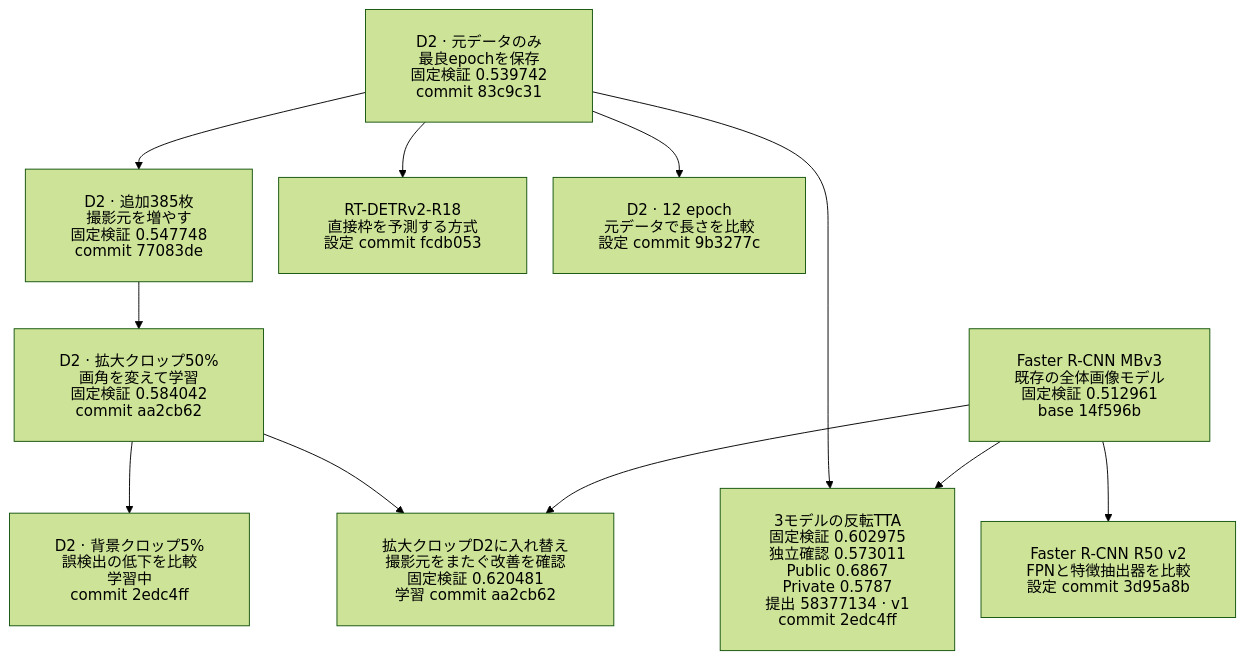
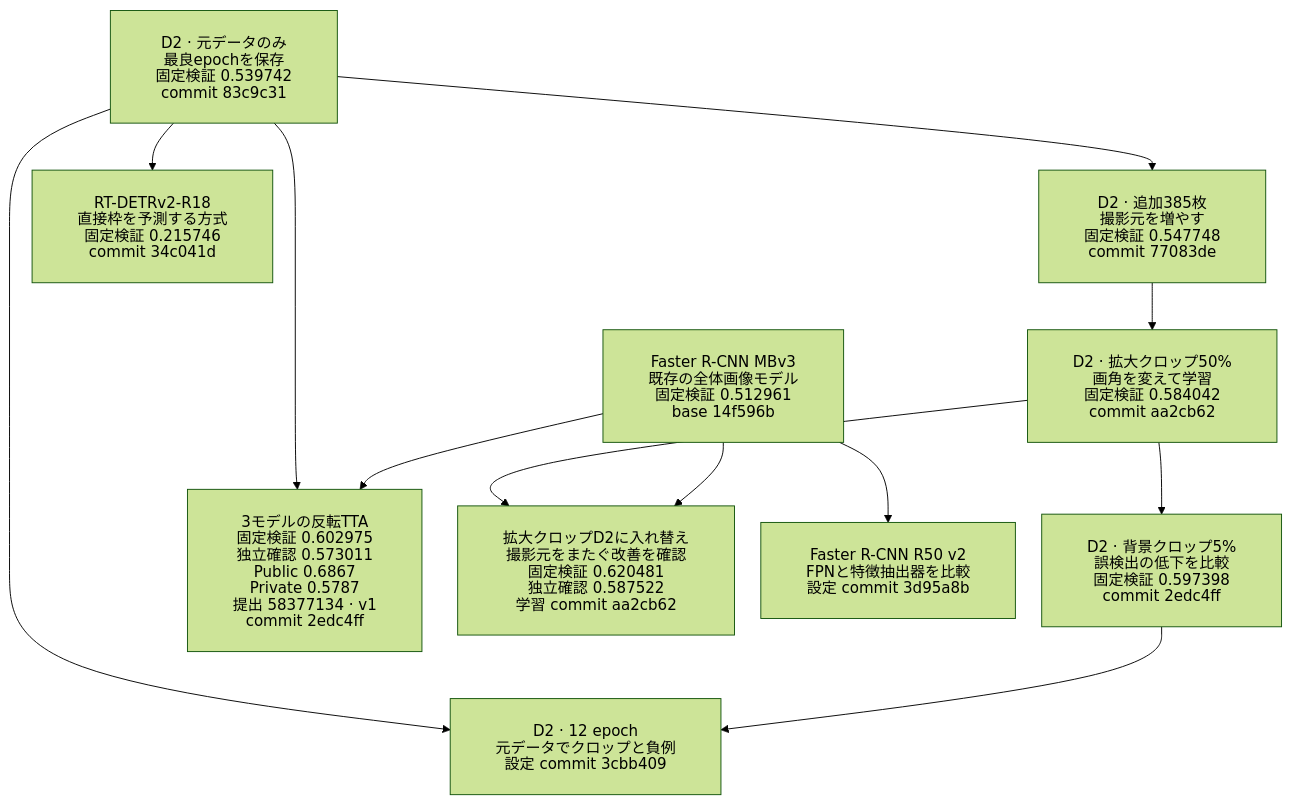
One commit to Yutarotaro/kaggle-global-wheat-detection changed the fifth of 5 diagrams in docs/experiment-lineage.md. Above: the diagram before and after it, drawn with Mermaid (forest theme). The commit also changed 1 other file, not shown here.

Commit message:
docs: 負例学習とRT-DETRv2およびタイルの評価を記録する

````diff
--- a/docs/experiment-lineage.md
+++ b/docs/experiment-lineage.md
@@ -161,23 +161,24 @@
 ```mermaid
 %%{init: {"htmlLabels": false, "flowchart": {"padding": 24, "nodeSpacing": 28}}}%%
 flowchart TB
     M["Faster R-CNN MBv3<br/>既存の全体画像モデル<br/>固定検証 0.512961<br/>base 14f596b"]
     D["D2 · 元データのみ<br/>最良epochを保存<br/>固定検証 0.539742<br/>commit 83c9c31"]
     F["D2 · 追加385枚<br/>撮影元を増やす<br/>固定検証 0.547748<br/>commit 77083de"]
     C["D2 · 拡大クロップ50%<br/>画角を変えて学習<br/>固定検証 0.584042<br/>commit aa2cb62"]
-    N["D2 · 背景クロップ5%<br/>誤検出の低下を比較<br/>学習中<br/>commit 2edc4ff"]
+    N["D2 · 背景クロップ5%<br/>誤検出の低下を比較<br/>固定検証 0.597398<br/>commit 2edc4ff"]
     S["3モデルの反転TTA<br/>固定検証 0.602975<br/>独立確認 0.573011<br/>Public 0.6867<br/>Private 0.5787<br/>提出 58377134 · v1<br/>commit 2edc4ff"]
-    Z["拡大クロップD2に入れ替え<br/>撮影元をまたぐ改善を確認<br/>固定検証 0.620481<br/>学習 commit aa2cb62"]
-    T["RT-DETRv2-R18<br/>直接枠を予測する方式<br/>設定 commit fcdb053"]
+    Z["拡大クロップD2に入れ替え<br/>撮影元をまたぐ改善を確認<br/>固定検証 0.620481<br/>独立確認 0.587522<br/>学習 commit aa2cb62"]
+    T["RT-DETRv2-R18<br/>直接枠を予測する方式<br/>固定検証 0.215746<br/>commit 34c041d"]
     R["Faster R-CNN R50 v2<br/>FPNと特徴抽出器を比較<br/>設定 commit 3d95a8b"]
-    L["D2 · 12 epoch<br/>元データで長さを比較<br/>設定 commit 9b3277c"]
+    L["D2 · 12 epoch<br/>元データでクロップと負例<br/>設定 commit 3cbb409"]
 
     D --> F --> C --> N
     C --> Z
     M --> Z
     D --> S
     M --> S
     D --> T
     D --> L
+    N --> L
     M --> R
 ```
````
